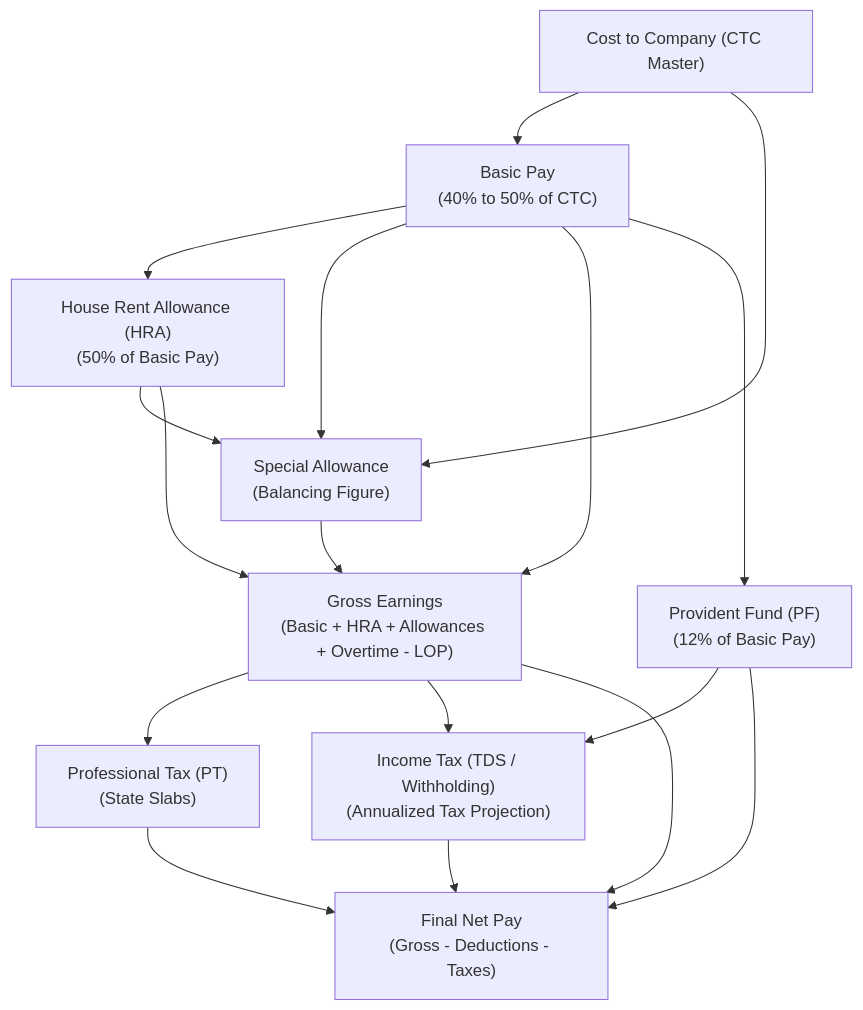
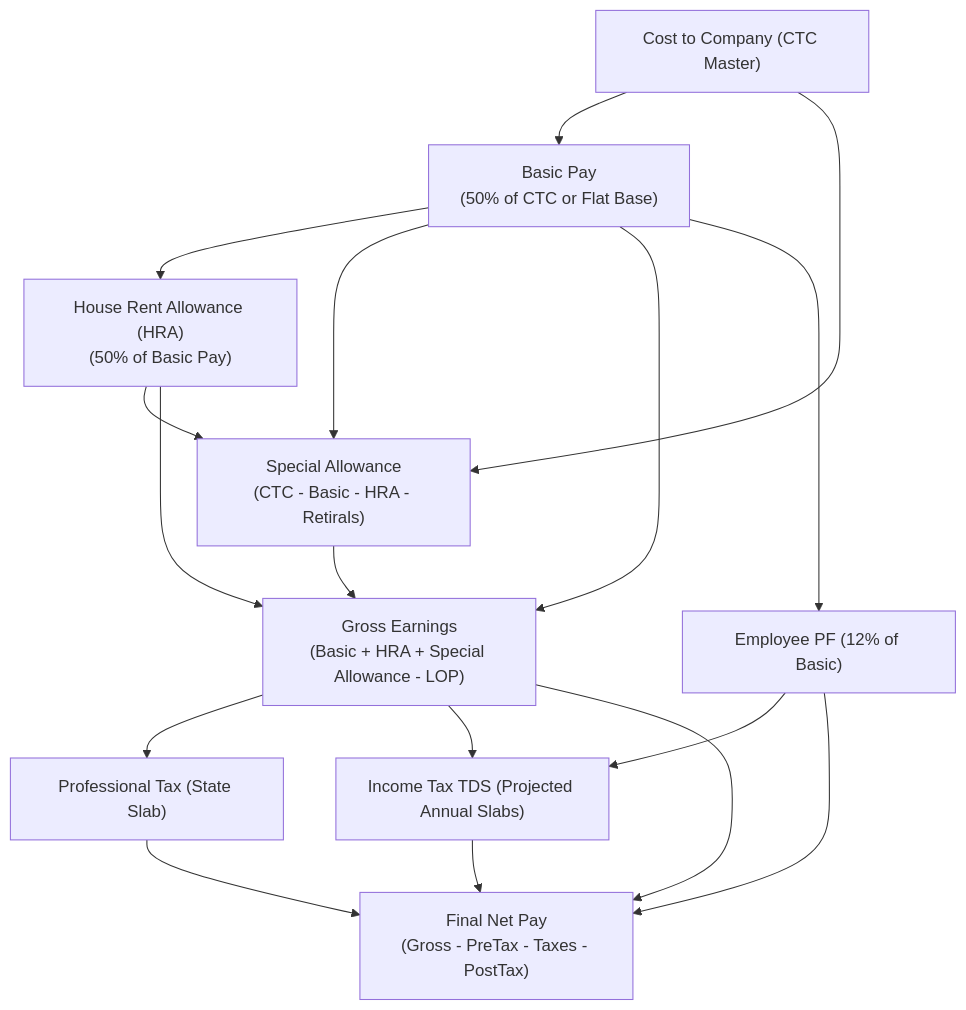
One commit to innostes-dev/erp changed the second of 4 diagrams in research/final_modules/hrms/04_payroll_engine_and_statutory_rules.md. Above: the diagram before and after it, drawn with Mermaid. The commit also changed other lines of this file and 2 other files, not shown here.

Commit message:
feat(payroll): formulate comprehensive payroll setup cockpit, LOP math engine, and modular statutory architecture

````diff
--- a/research/final_modules/hrms/04_payroll_engine_and_statutory_rules.md
+++ b/research/final_modules/hrms/04_payroll_engine_and_statutory_rules.md
@@ -12,34 +70,34 @@
 ```mermaid
 flowchart TD
     CTC["Cost to Company (CTC Master)"]
-    Basic["Basic Pay<br/>(40% to 50% of CTC)"]
+    Basic["Basic Pay<br/>(50% of CTC or Flat Base)"]
     HRA["House Rent Allowance (HRA)<br/>(50% of Basic Pay)"]
-    SpecAllow["Special Allowance<br/>(Balancing Figure)"]
-    Gross["Gross Earnings<br/>(Basic + HRA + Allowances + Overtime - LOP)"]
+    SpecAllow["Special Allowance<br/>(CTC - Basic - HRA - Retirals)"]
+    Gross["Gross Earnings<br/>(Basic + HRA + Special Allowance - LOP)"]
     
-    PF["Provident Fund (PF)<br/>(12% of Basic Pay)"]
-    PT["Professional Tax (PT)<br/>(State Slabs)"]
-    TDS["Income Tax (TDS / Withholding)<br/>(Annualized Tax Projection)"]
+    EPF["Employee PF (12% of Basic)"]
+    PT["Professional Tax (State Slab)"]
+    TDS["Income Tax TDS (Projected Annual Slabs)"]
     
-    NetPay["Final Net Pay<br/>(Gross - Deductions - Taxes)"]
+    NetPay["Final Net Pay<br/>(Gross - PreTax - Taxes - PostTax)"]
 
     CTC --> Basic
     Basic --> HRA
     CTC --> SpecAllow
     Basic --> SpecAllow
     HRA --> SpecAllow
     
     Basic --> Gross
     HRA --> Gross
     SpecAllow --> Gross
     
-    Basic --> PF
+    Basic --> EPF
     Gross --> PT
     Gross --> TDS
-    PF --> TDS
+    EPF --> TDS
     
     Gross --> NetPay
-    PF --> NetPay
+    EPF --> NetPay
     PT --> NetPay
     TDS --> NetPay
 ```
````
